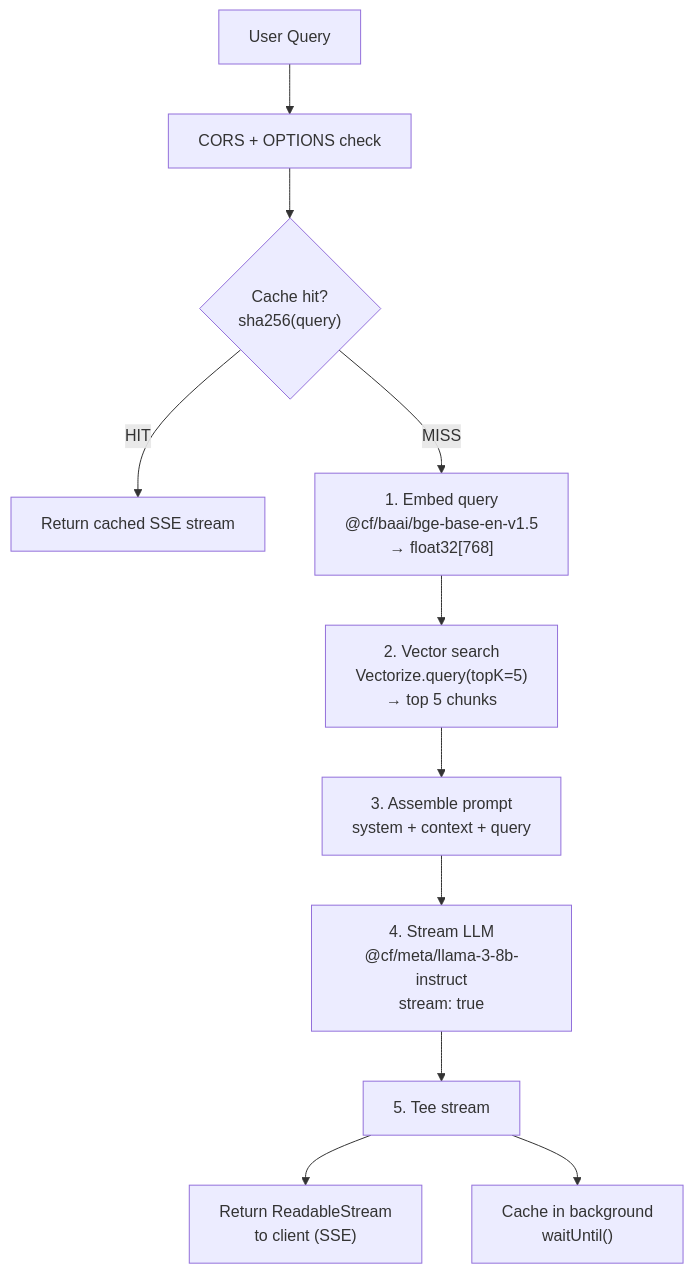
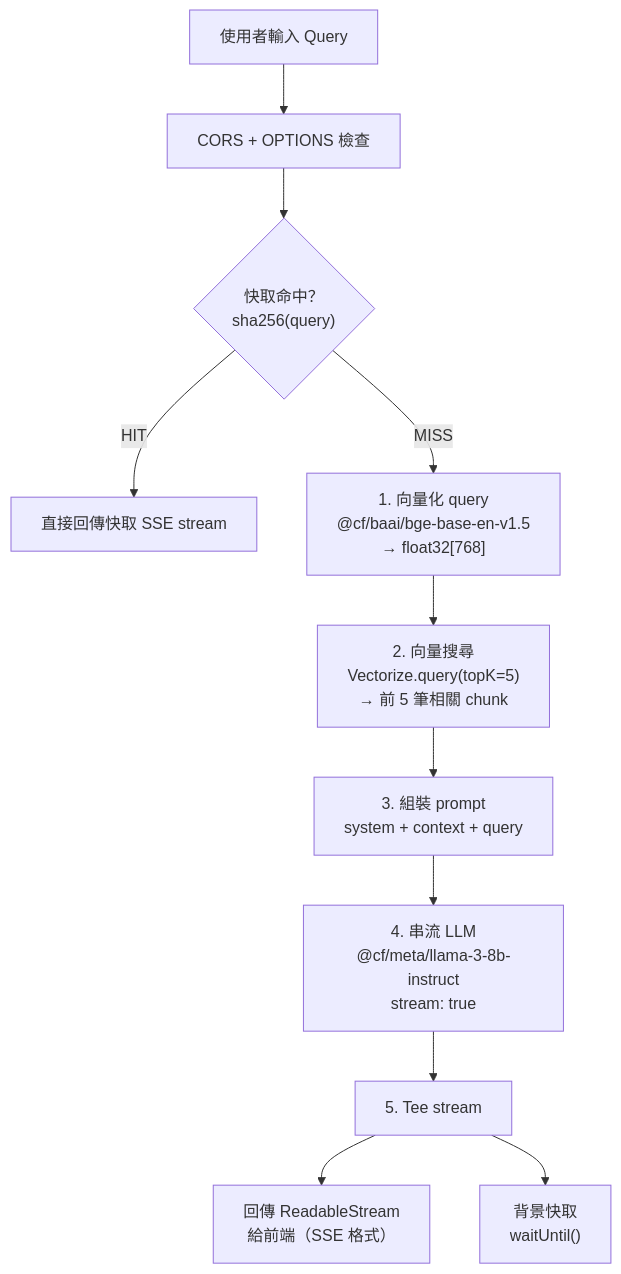
One commit to a920604a/self-reusme-website changed the fourth of 7 diagrams in docs/architecture.md. Above: the diagram before and after it, drawn with Mermaid. The commit also changed other lines of this file, not shown here.

Commit message:
feat: enhance architecture documentation with detailed component diagrams and data flow

````diff
--- a/docs/architecture.md
+++ b/docs/architecture.md
@@ -95,15 +95,15 @@
 ```mermaid
 flowchart TD
-    Q["User Query"] --> CORS["CORS + OPTIONS check"]
-    CORS --> CACHE{"Cache hit?\nsha256(query)"}
+    Q["使用者輸入 Query"] --> CORS["CORS + OPTIONS 檢查"]
+    CORS --> CACHE{"快取命中？\nsha256(query)"}
 
-    CACHE -- "HIT" --> CACHED["Return cached SSE stream"]
+    CACHE -- "HIT" --> CACHED["直接回傳快取 SSE stream"]
 
-    CACHE -- "MISS" --> EMBED["1. Embed query\n@cf/baai/bge-base-en-v1.5\n→ float32[768]"]
-    EMBED --> SEARCH["2. Vector search\nVectorize.query(topK=5)\n→ top 5 chunks"]
-    SEARCH --> PROMPT["3. Assemble prompt\nsystem + context + query"]
-    PROMPT --> LLM["4. Stream LLM\n@cf/meta/llama-3-8b-instruct\nstream: true"]
+    CACHE -- "MISS" --> EMBED["1. 向量化 query\n@cf/baai/bge-base-en-v1.5\n→ float32[768]"]
+    EMBED --> SEARCH["2. 向量搜尋\nVectorize.query(topK=5)\n→ 前 5 筆相關 chunk"]
+    SEARCH --> PROMPT["3. 組裝 prompt\nsystem + context + query"]
+    PROMPT --> LLM["4. 串流 LLM\n@cf/meta/llama-3-8b-instruct\nstream: true"]
     LLM --> TEE["5. Tee stream"]
-    TEE --> CLIENT["Return ReadableStream\nto client (SSE)"]
-    TEE --> STORE["Cache in background\nwaitUntil()"]
+    TEE --> CLIENT["回傳 ReadableStream\n給前端（SSE 格式）"]
+    TEE --> STORE["背景快取\nwaitUntil()"]
 ```
````
